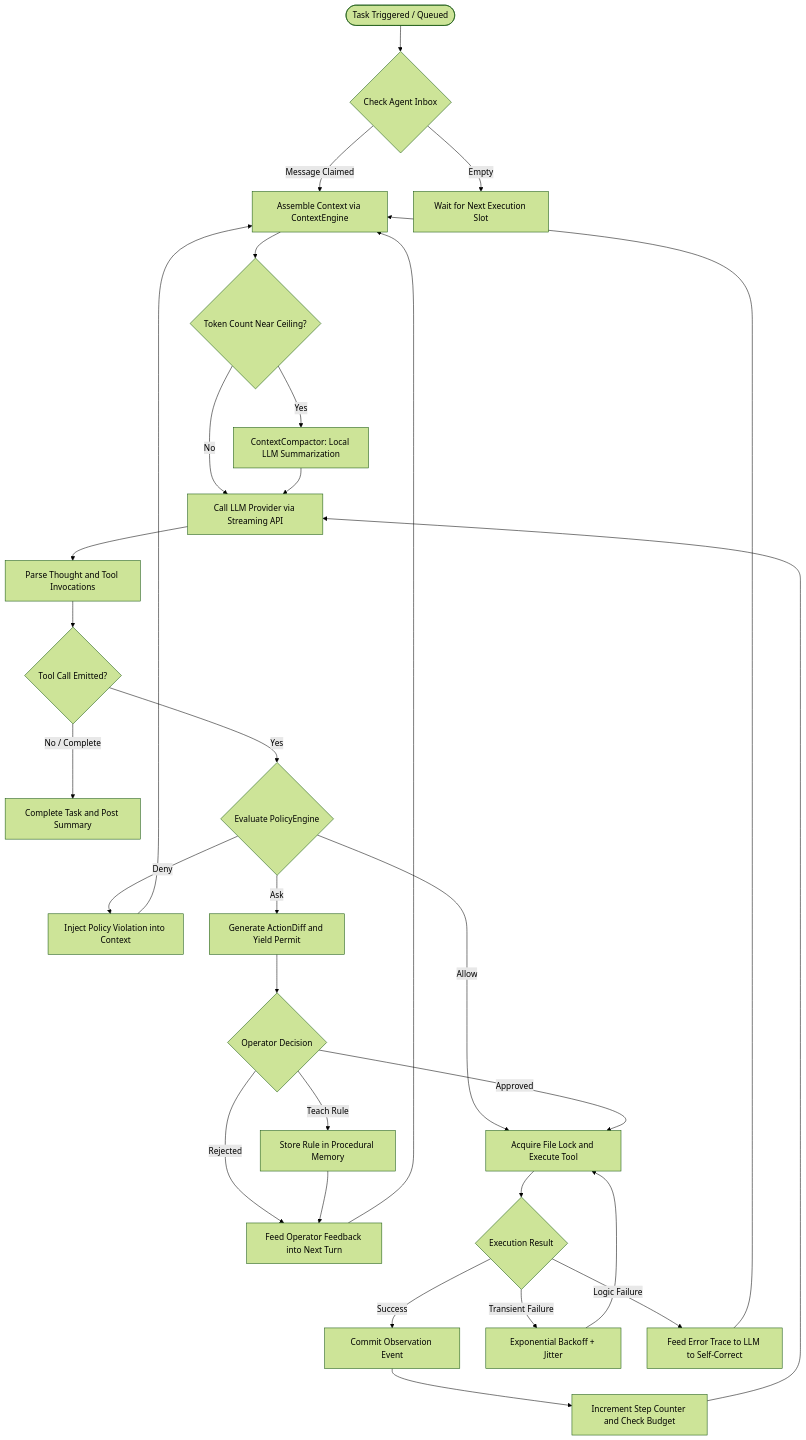
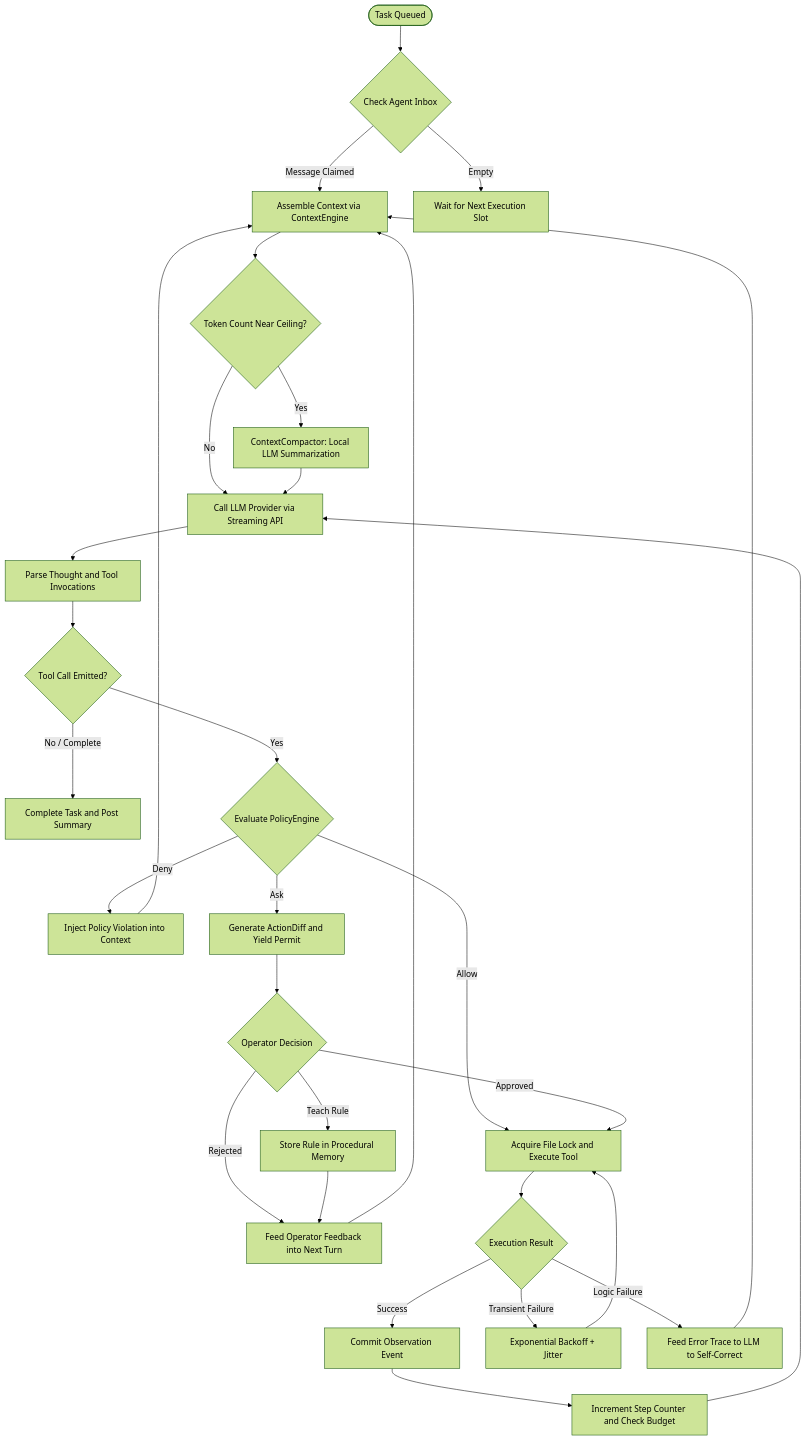
Before and after one commit to abhayzangir1/trans4mer: the third of 8 diagrams in docs/ARCHITECTURE.md, drawn with Mermaid (forest theme). The commit also changed other lines of this file and 8 other files, not shown here.

Commit message:
docs: reverse-engineer comprehensive PRD, TRD, master architecture and 5 granular subsystem specifications

````diff
--- a/docs/ARCHITECTURE.md
+++ b/docs/ARCHITECTURE.md
@@ -152,39 +118,39 @@
 ```mermaid
 flowchart TD
-    Start([Task Triggered / Queued]) --> InboxCheck{Check Agent Inbox}
+    Start([Task Queued]) --> InboxCheck{Check Agent Inbox}
     InboxCheck -->|Message Claimed| AssembleContext[Assemble Context via ContextEngine]
     InboxCheck -->|Empty| WaitSlot[Wait for Next Execution Slot]
     
     AssembleContext --> ContextCompaction{Token Count Near Ceiling?}
     ContextCompaction -->|Yes| RunCompactor[ContextCompactor: Local LLM Summarization]
     ContextCompaction -->|No| LLMInference[Call LLM Provider via Streaming API]
     RunCompactor --> LLMInference
 
     LLMInference --> ParseThought["Parse Thought and Tool Invocations"]
     ParseThought --> ToolDecision{Tool Call Emitted?}
     
     ToolDecision -->|No / Complete| CompleteTask["Complete Task and Post Summary"]
     ToolDecision -->|Yes| PolicyCheck{Evaluate PolicyEngine}
 
     PolicyCheck -->|Deny| RejectTool["Inject Policy Violation into Context"]
     PolicyCheck -->|Ask| HumanGate["Generate ActionDiff and Yield Permit"]
     PolicyCheck -->|Allow| ExecuteTool["Acquire File Lock and Execute Tool"]
 
     HumanGate --> HumanResolution{Operator Decision}
     HumanResolution -->|Approved| ExecuteTool
     HumanResolution -->|Rejected| InjectFeedback["Feed Operator Feedback into Next Turn"]
     HumanResolution -->|Teach Rule| DistillRule["Store Rule in Procedural Memory"]
     DistillRule --> InjectFeedback
 
     ExecuteTool --> ToolResult{Execution Result}
     ToolResult -->|Success| CommitObs["Commit Observation Event"]
     ToolResult -->|Transient Failure| BackoffRetry["Exponential Backoff + Jitter"]
     ToolResult -->|Logic Failure| SelfHeal["Feed Error Trace to LLM to Self-Correct"]
 
     BackoffRetry --> ExecuteTool
     SelfHeal --> AssembleContext
     InjectFeedback --> AssembleContext
     RejectTool --> AssembleContext
     CommitObs --> IncrementStep["Increment Step Counter and Check Budget"]
     IncrementStep --> LLMInference
 ```
````
